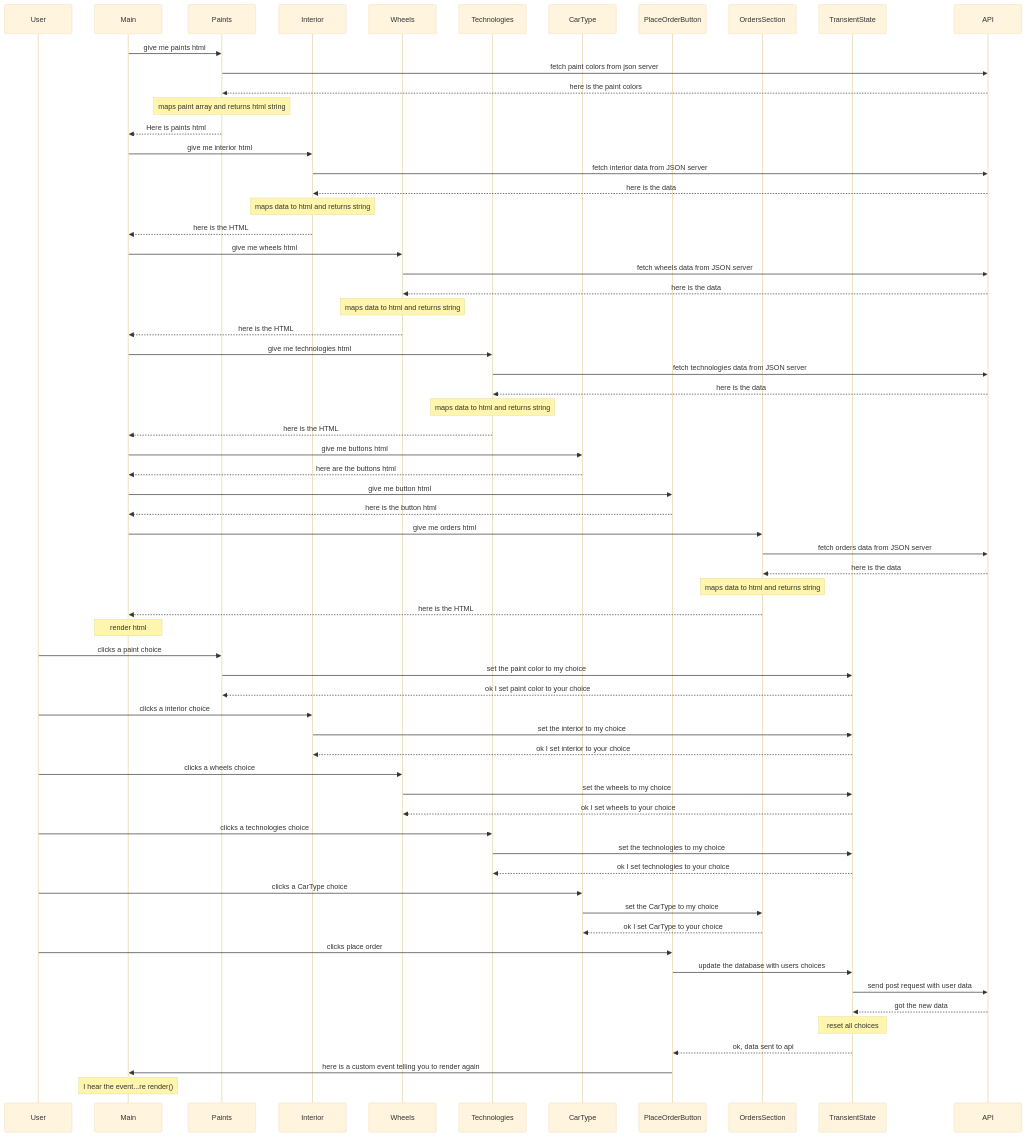
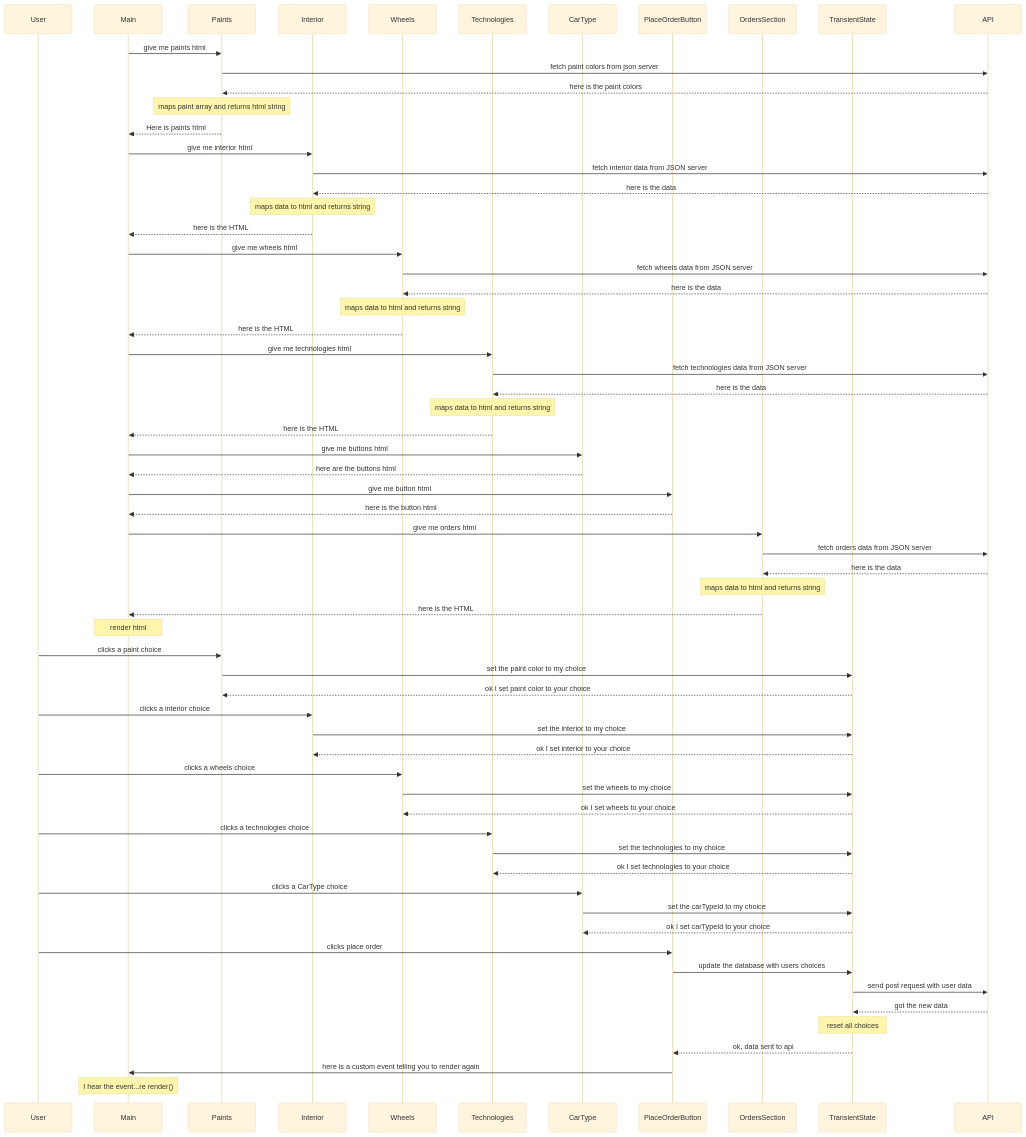
Before and after one commit to patrick-mcisaac/cars-r-us: the diagram in diagrams/sequence.mmd, drawn with Mermaid (base theme).

Commit message:
updated seqDiag

```diff
--- a/diagrams/sequence.mmd
+++ b/diagrams/sequence.mmd
@@ -1,80 +1,80 @@
 sequenceDiagram
 participant User
 participant Main
 participant Paints
 participant Interior
 participant Wheels
 participant Technologies
 participant CarType
 participant PlaceOrderButton
 participant OrdersSection
 participant TransientState
 participant API
 
 Main ->> Paints: give me paints html
 Paints ->> API: fetch paint colors from json server
 API -->> Paints: here is the paint colors
 Note over Paints: maps paint array and returns html string
 Paints -->> Main: Here is paints html
 
 Main ->> Interior: give me interior html
 Interior ->> API: fetch interior data from JSON server
 API -->> Interior: here is the data
 Note over Interior: maps data to html and returns string
 Interior -->> Main: here is the HTML
 
 Main ->> Wheels: give me wheels html
 Wheels ->> API: fetch wheels data from JSON server
 API -->> Wheels: here is the data
 Note over Wheels: maps data to html and returns string
 Wheels -->> Main: here is the HTML
 
 Main ->> Technologies: give me technologies html
 Technologies ->> API: fetch technologies data from JSON server
 API -->> Technologies: here is the data
 Note over Technologies: maps data to html and returns string
 Technologies -->> Main: here is the HTML
 
 Main ->> CarType: give me buttons html
 CarType -->> Main: here are the buttons html
 
 
 Main ->> PlaceOrderButton: give me button html
 PlaceOrderButton -->> Main: here is the button html
 
 Main ->> OrdersSection: give me orders html
 OrdersSection ->> API: fetch orders data from JSON server
 API -->> OrdersSection: here is the data
 Note over OrdersSection: maps data to html and returns string
 OrdersSection -->> Main: here is the HTML
 
 Note over Main: render html
 
 User ->> Paints: clicks a paint choice
 Paints ->> TransientState: set the paint color to my choice
 TransientState -->> Paints: ok I set paint color to your choice
 
 User ->> Interior: clicks a interior choice
 Interior ->> TransientState: set the interior to my choice
 TransientState -->> Interior: ok I set interior to your choice
 
 User ->> Wheels: clicks a wheels choice
 Wheels ->> TransientState: set the wheels to my choice
 TransientState -->> Wheels: ok I set wheels to your choice
 
 User ->> Technologies: clicks a technologies choice
 Technologies ->> TransientState: set the technologies to my choice
 TransientState -->> Technologies: ok I set technologies to your choice
 
 User ->> CarType: clicks a CarType choice
-CarType ->> OrdersSection: set the CarType to my choice
-OrdersSection -->> CarType: ok I set CarType to your choice
+CarType ->> TransientState: set the carTypeId to my choice
+TransientState -->> CarType: ok I set carTypeId to your choice
 
 User ->> PlaceOrderButton: clicks place order
 PlaceOrderButton ->> TransientState: update the database with users choices
 TransientState ->> API: send post request with user data
 API -->> TransientState: got the new data
 Note over TransientState: reset all choices
 TransientState -->> PlaceOrderButton: ok, data sent to api
 PlaceOrderButton ->> Main: here is a custom event telling you to render again
 Note over Main: I hear the event...re render()
```
